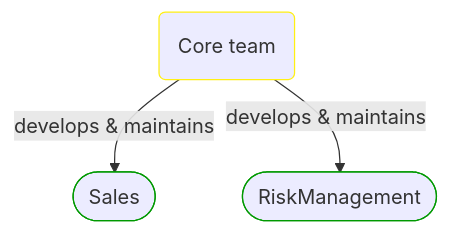
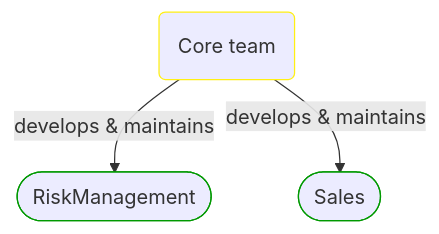
Before and after one commit to itlibrium/DDD-starter-dotnet: the first of 2 diagrams in Docs/P3/MermaidOutput/Teams/Core team.md, drawn with Mermaid. The commit also changed 78 other files, not shown here.

````diff
--- a/Docs/P3/MermaidOutput/Teams/Core team.md
+++ b/Docs/P3/MermaidOutput/Teams/Core team.md
@@ -17,14 +17,14 @@
 ```mermaid
   flowchart TB
     0(Core team)
     class 0 PeoplePerspective
-    1([Sales])
+    1([RiskManagement])
     class 1 DomainPerspective
     0-->|develops & maintains|1
-    2([RiskManagement])
+    2([Sales])
     class 2 DomainPerspective
     0-->|develops & maintains|2
     classDef DomainPerspective stroke:#009900
     classDef TechnologyPerspective stroke:#1F41EB
     classDef PeoplePerspective stroke:#FFF014
 ```
````
